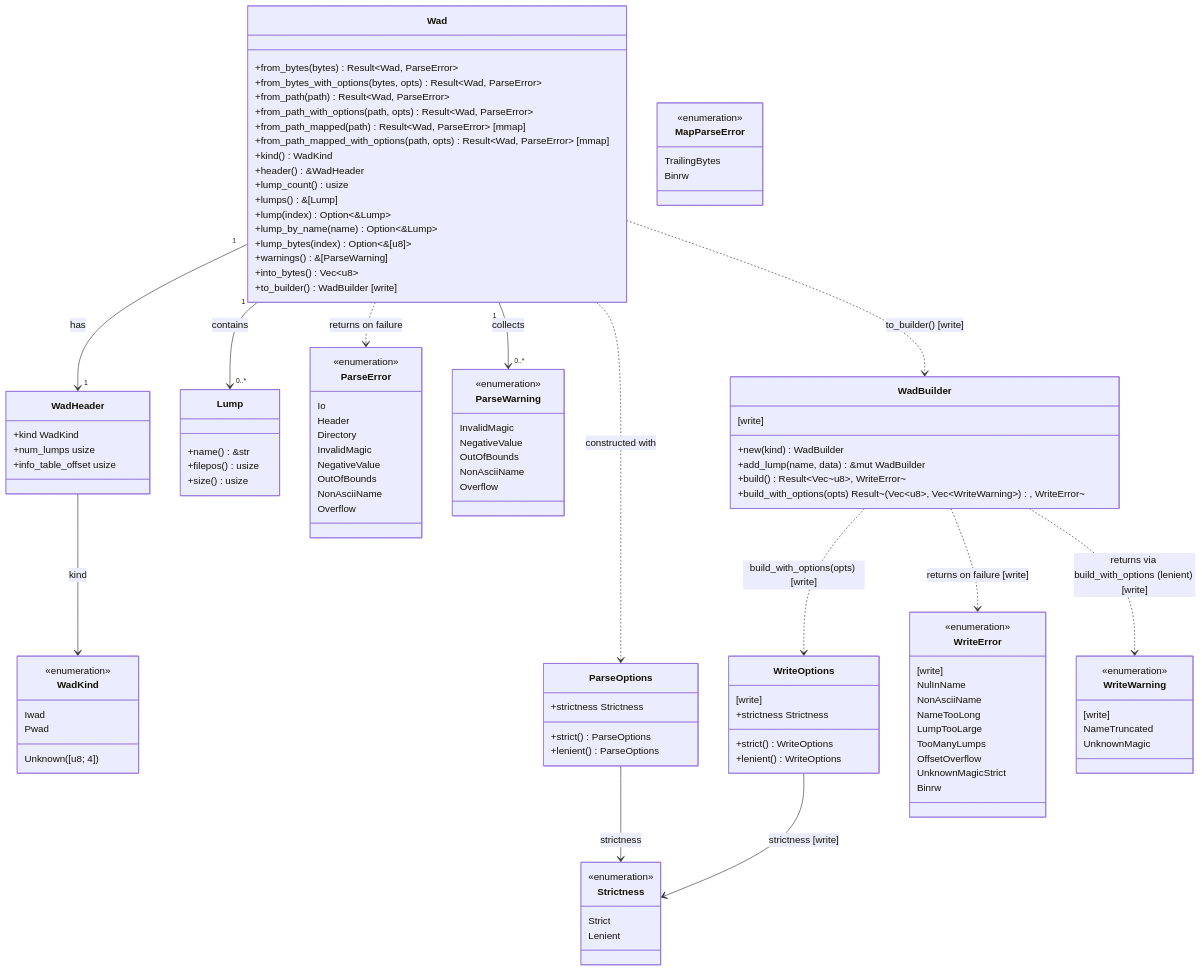
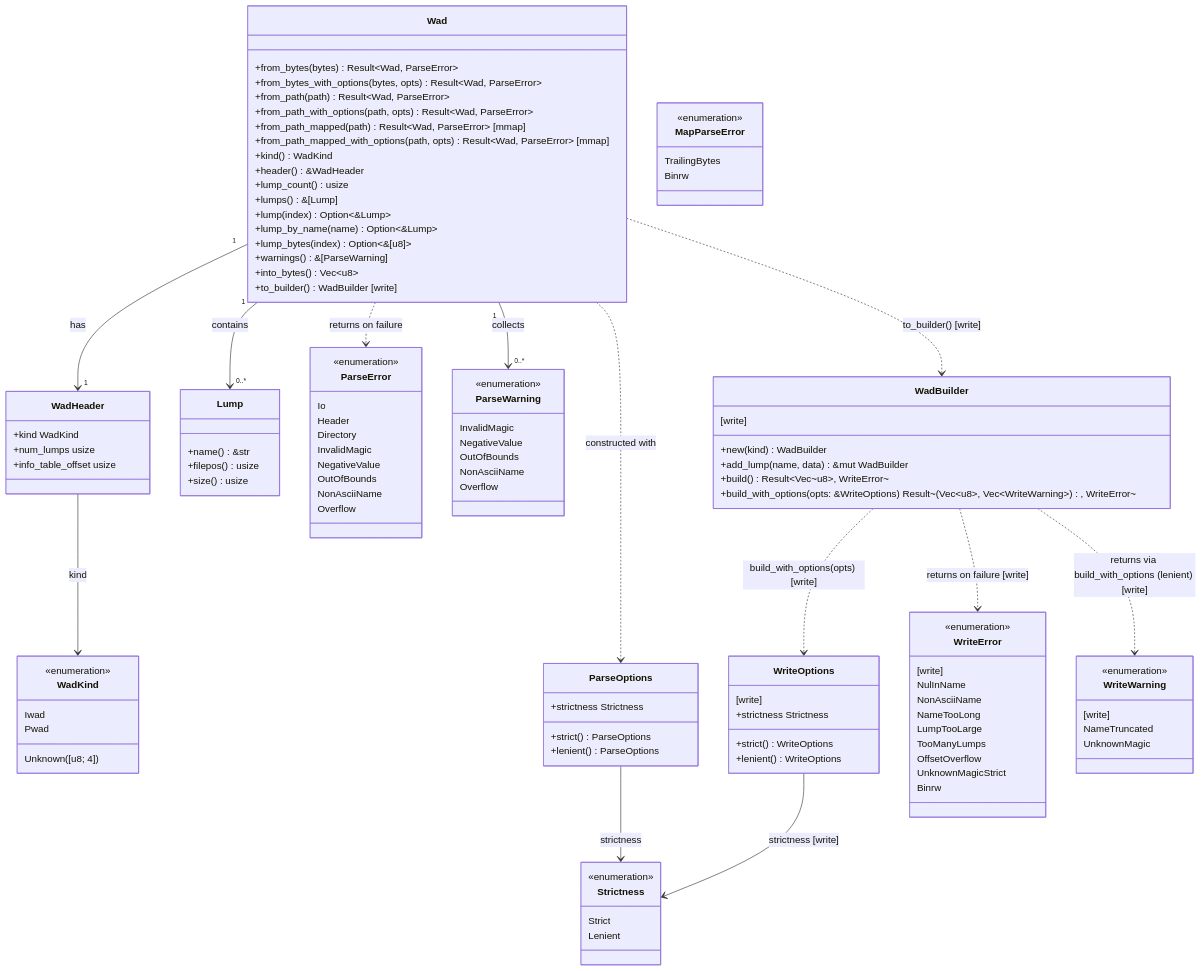
Before and after one commit to masriamir/crustywad: the second of 2 diagrams in docs/diagrams/data-model.md, drawn with Mermaid. The commit also changed 1 other file, not shown here.

Commit message:
docs(diagrams): use &WriteOptions to match build_with_options signature

```diff
--- a/docs/diagrams/data-model.md
+++ b/docs/diagrams/data-model.md
@@ -105,7 +105,7 @@
         +new(kind) WadBuilder
         +add_lump(name, data) &mut WadBuilder
         +build() Result~Vec~u8~, WriteError~
-        +build_with_options(opts) Result~(Vec~u8~, Vec~WriteWarning~), WriteError~
+        +build_with_options(opts: &WriteOptions) Result~(Vec~u8~, Vec~WriteWarning~), WriteError~
     }
     class WriteOptions {
         [write]
```
